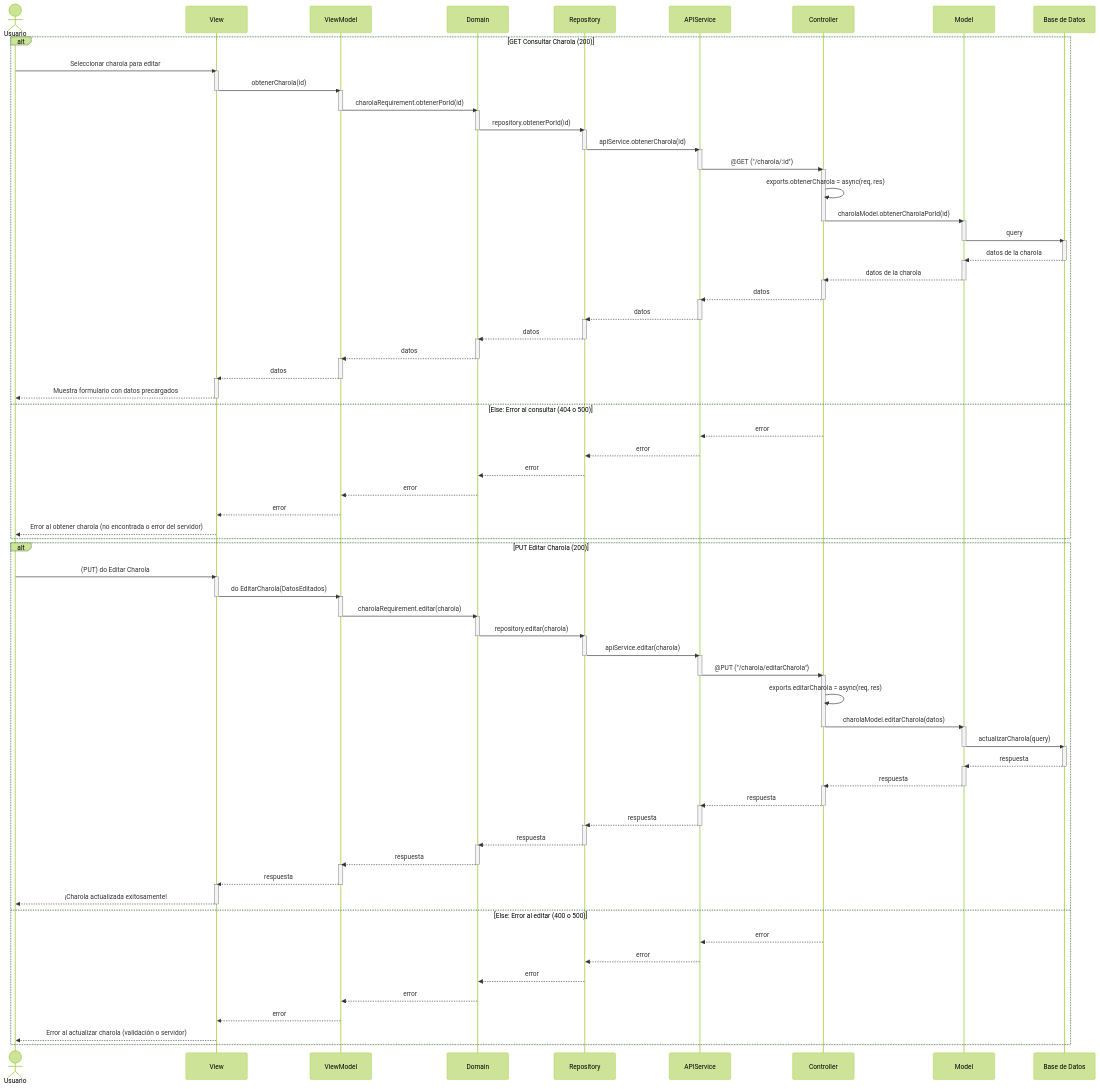
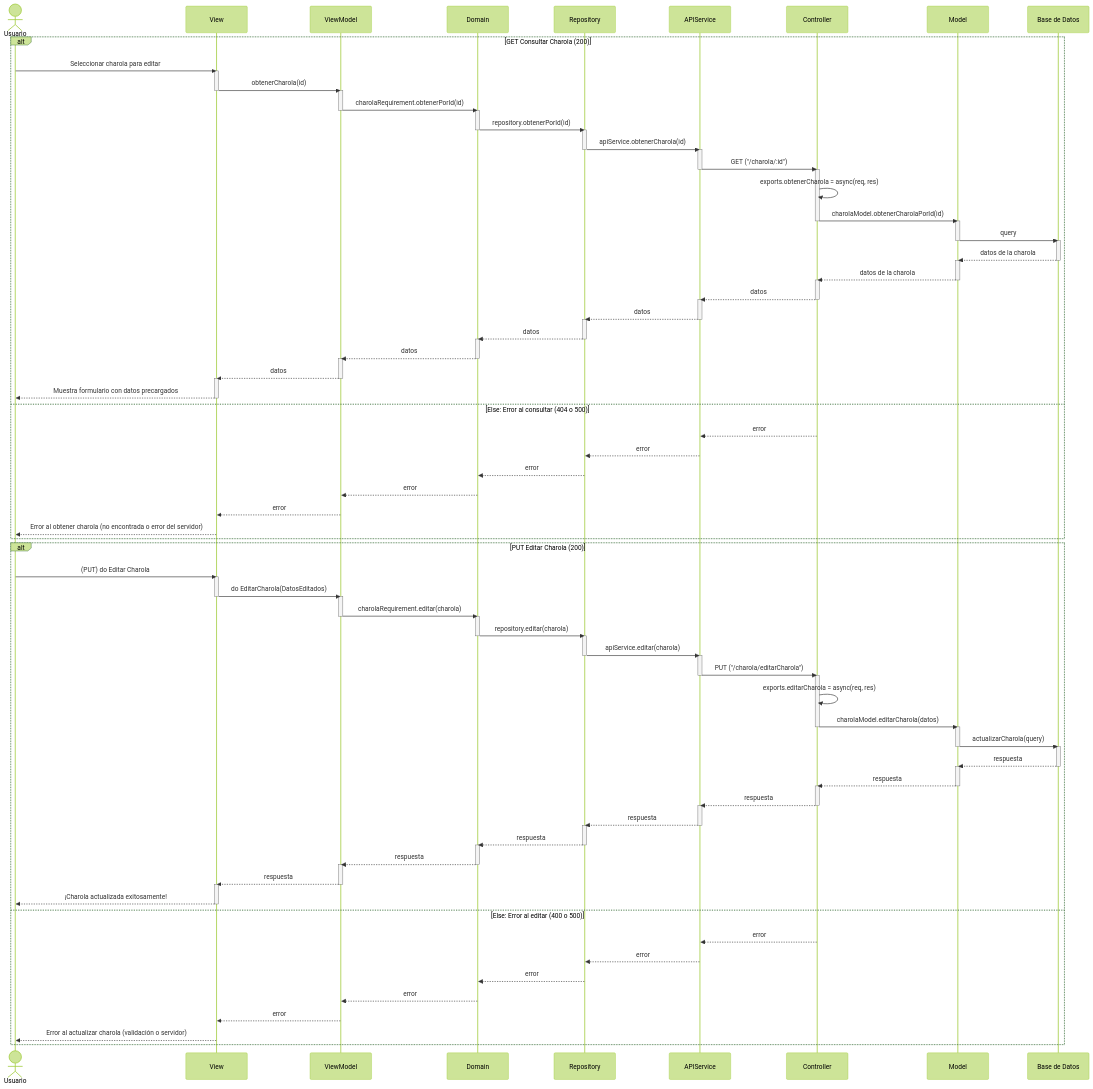
The diagram in documentation/docs/proyectos/larvas/documentacion/requisitos/RF7.md (CodeAnd-Co/Documentacion), drawn with Mermaid (forest theme) before and after one commit. The commit also changed other lines of this file and 1 other file, not shown here.

```diff
--- a/documentation/docs/proyectos/larvas/documentacion/requisitos/RF7.md
+++ b/documentation/docs/proyectos/larvas/documentacion/requisitos/RF7.md
@@ -52,7 +52,7 @@
         Repository->>APIService: apiService.obtenerCharola(id)
         deactivate Repository
         activate APIService
-        APIService->>Controller: @GET ("/charola/:id")
+        APIService->>Controller: GET ("/charola/:id")
         deactivate APIService
         activate Controller
         Controller->>Controller: exports.obtenerCharola = async(req, res)
@@ -109,7 +109,7 @@
         Repository->>APIService: apiService.editar(charola)
         deactivate Repository
         activate APIService
-        APIService->>Controller: @PUT ("/charola/editarCharola")
+        APIService->>Controller: PUT ("/charola/editarCharola")
         deactivate APIService
         activate Controller
         Controller->>Controller: exports.editarCharola = async(req, res)
```
